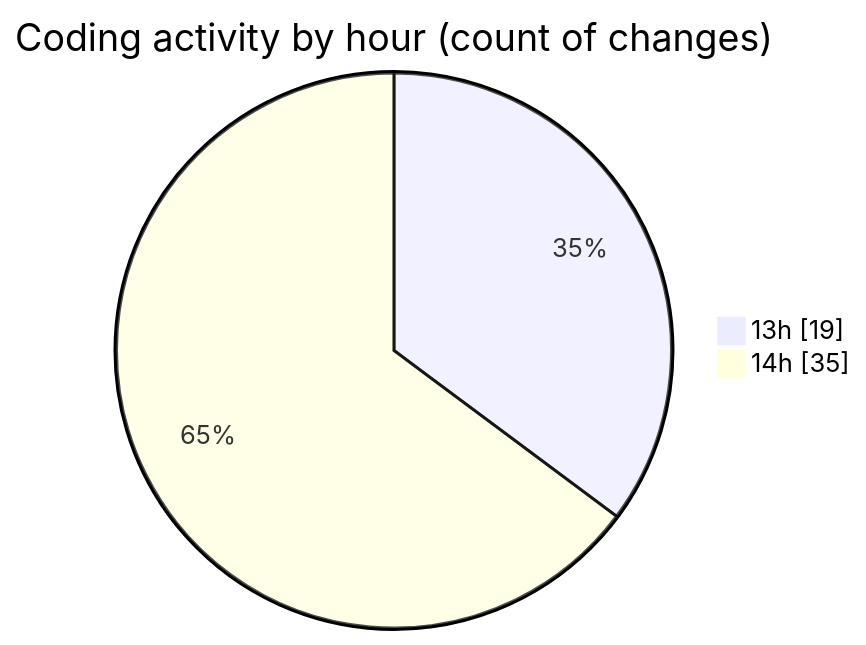
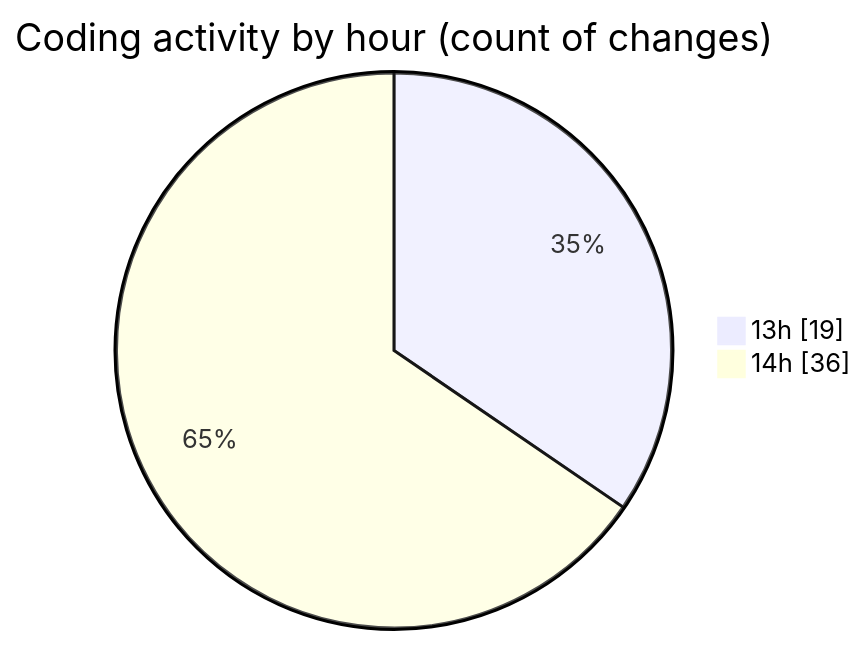
The second of 2 diagrams in 2025-03-03/kart-online/README.md (robertbonfada/code-tracking), drawn with Mermaid before and after one commit. The commit also changed other lines of this file and 1 other file, not shown here.

````diff
--- a/2025-03-03/kart-online/README.md
+++ b/2025-03-03/kart-online/README.md
@@ -53,6 +53,6 @@
 ```mermaid
 pie showData
 title Coding activity by hour (count of changes)
 "13h" : 19
-"14h" : 35
+"14h" : 36
 ```
````
